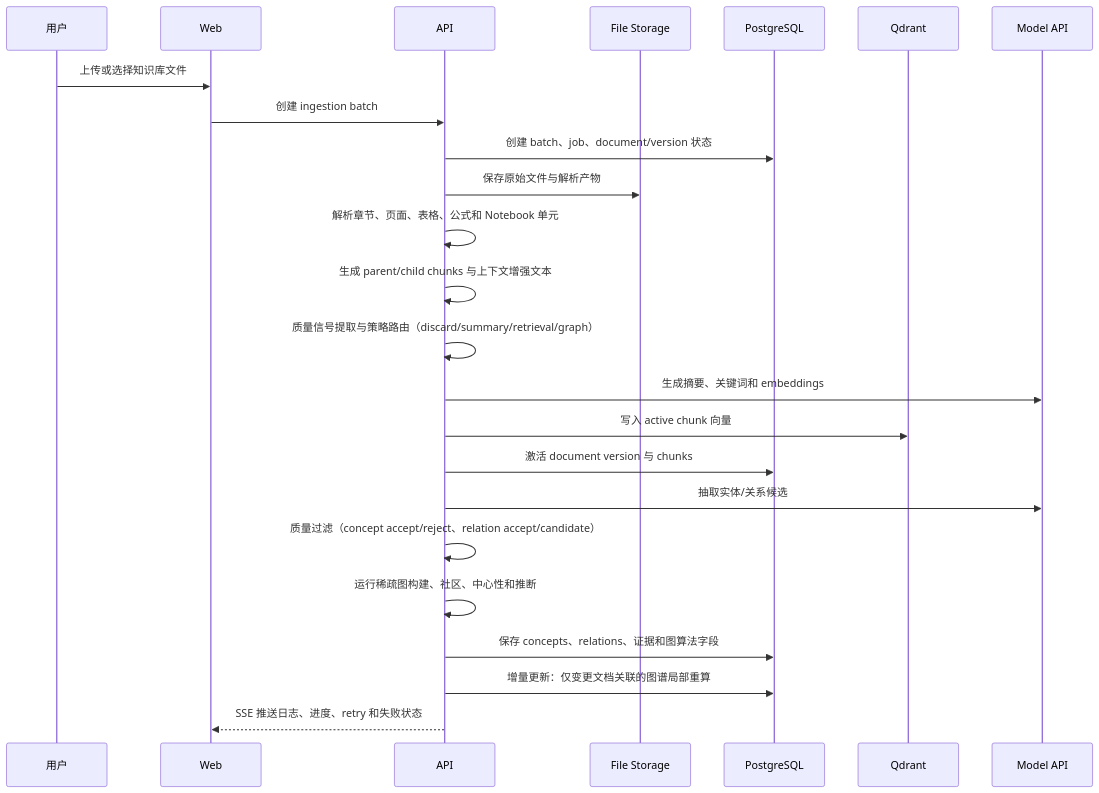
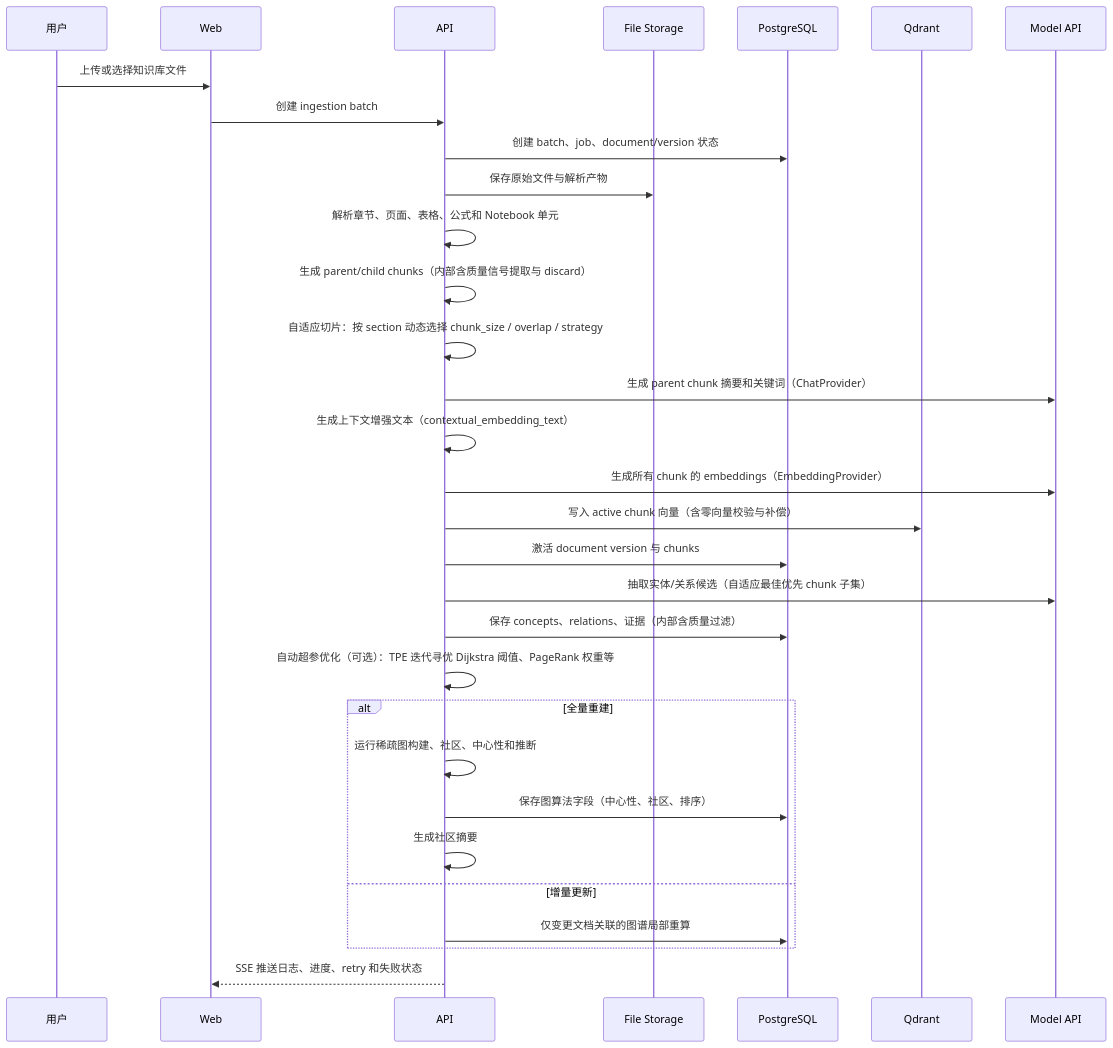
The second of 6 diagrams in README.md (Sggggt/SymboGraph), drawn with Mermaid before and after one commit. The commit also changed other lines of this file and 32 other files, not shown here.

````diff
--- a/README.md
+++ b/README.md
@@ -102,27 +107,34 @@
 ```mermaid
 sequenceDiagram
     participant 用户
     participant Web
     participant API
     participant 文件 as File Storage
     participant DB as PostgreSQL
     participant Vector as Qdrant
     participant Model as Model API
 
     用户->>Web: 上传或选择知识库文件
     Web->>API: 创建 ingestion batch
     API->>DB: 创建 batch、job、document/version 状态
     API->>文件: 保存原始文件与解析产物
     API->>API: 解析章节、页面、表格、公式和 Notebook 单元
-    API->>API: 生成 parent/child chunks 与上下文增强文本
-    API->>API: 质量信号提取与策略路由（discard/summary/retrieval/graph）
-    API->>Model: 生成摘要、关键词和 embeddings
-    API->>Vector: 写入 active chunk 向量
+    API->>API: 生成 parent/child chunks（内部含质量信号提取与 discard）
+    API->>API: 自适应切片：按 section 动态选择 chunk_size / overlap / strategy
+    API->>Model: 生成 parent chunk 摘要和关键词（ChatProvider）
+    API->>API: 生成上下文增强文本（contextual_embedding_text）
+    API->>Model: 生成所有 chunk 的 embeddings（EmbeddingProvider）
+    API->>Vector: 写入 active chunk 向量（含零向量校验与补偿）
     API->>DB: 激活 document version 与 chunks
-    API->>Model: 抽取实体/关系候选
-    API->>API: 质量过滤（concept accept/reject、relation accept/candidate）
-    API->>API: 运行稀疏图构建、社区、中心性和推断
-    API->>DB: 保存 concepts、relations、证据和图算法字段
-    API->>DB: 增量更新：仅变更文档关联的图谱局部重算
+    API->>Model: 抽取实体/关系候选（自适应最佳优先 chunk 子集）
+    API->>DB: 保存 concepts、relations、证据（内部含质量过滤）
+    API->>API: 自动超参优化（可选）：TPE 迭代寻优 Dijkstra 阈值、PageRank 权重等
+    alt 全量重建
+        API->>API: 运行稀疏图构建、社区、中心性和推断
+        API->>DB: 保存图算法字段（中心性、社区、排序）
+        API->>API: 生成社区摘要
+    else 增量更新
+        API->>DB: 仅变更文档关联的图谱局部重算
+    end
     API-->>Web: SSE 推送日志、进度、retry 和失败状态
 ```
````
